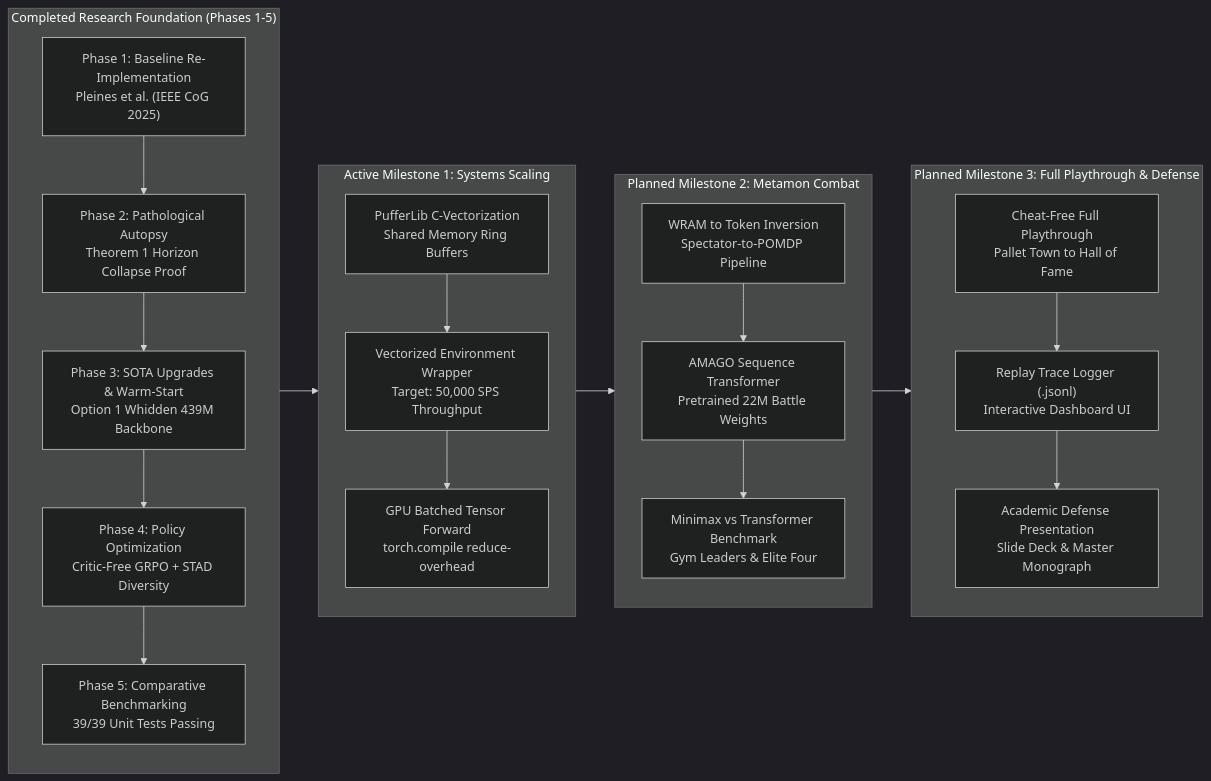
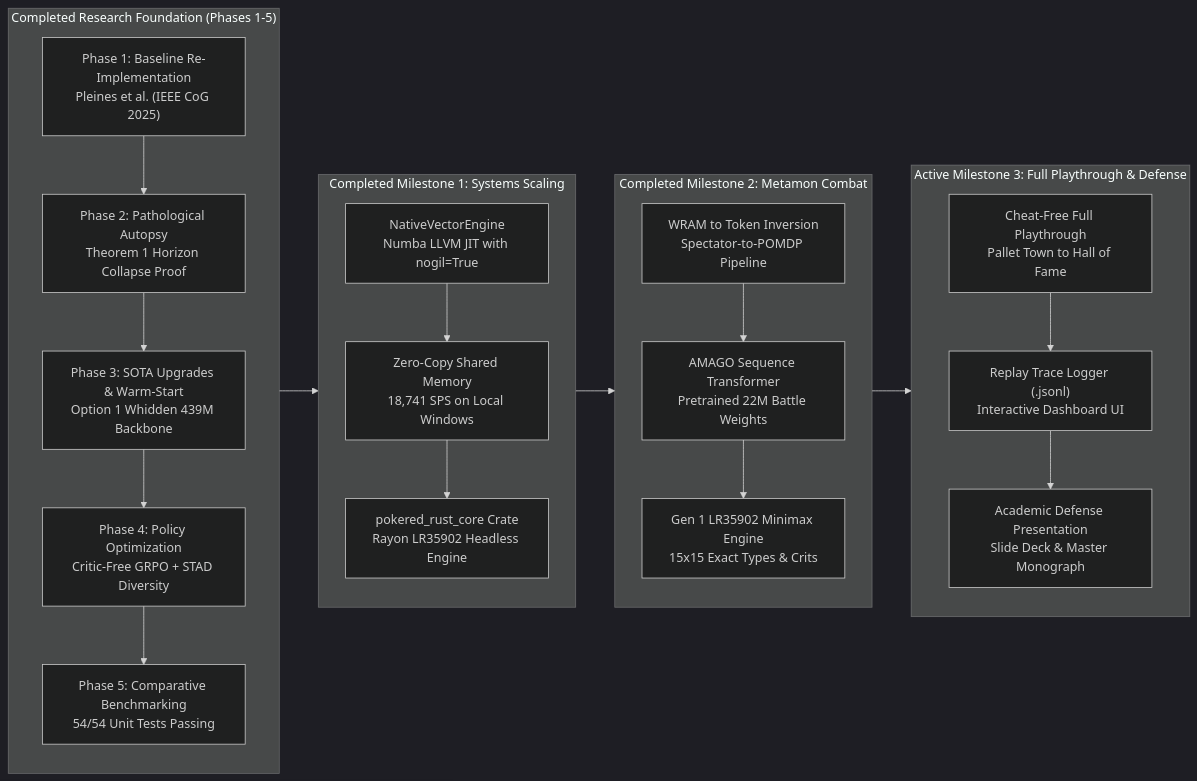
The third of 3 diagrams in docs/project_plan_and_current_state.md (zok213/PokemonRL), drawn with Mermaid (dark theme) before and after one commit. The commit also changed other lines of this file, not shown here.

Commit message:
docs: finalize master project plan with adversarial debate, 54/54 tests, and updated milestones

````diff
--- a/docs/project_plan_and_current_state.md
+++ b/docs/project_plan_and_current_state.md
@@ -290,38 +307,38 @@
 ```mermaid
 flowchart LR
     subgraph S1 ["Completed Research Foundation (Phases 1-5)"]
         direction TB
         F1["Phase 1: Baseline Re-Implementation<br/>Pleines et al. (IEEE CoG 2025)"]
         F2["Phase 2: Pathological Autopsy<br/>Theorem 1 Horizon Collapse Proof"]
         F3["Phase 3: SOTA Upgrades & Warm-Start<br/>Option 1 Whidden 439M Backbone"]
         F4["Phase 4: Policy Optimization<br/>Critic-Free GRPO + STAD Diversity"]
-        F5["Phase 5: Comparative Benchmarking<br/>39/39 Unit Tests Passing"]
+        F5["Phase 5: Comparative Benchmarking<br/>54/54 Unit Tests Passing"]
         F1 --> F2 --> F3 --> F4 --> F5
     end
 
-    subgraph S2 ["Active Milestone 1: Systems Scaling"]
+    subgraph S2 ["Completed Milestone 1: Systems Scaling"]
         direction TB
-        M1A["PufferLib C-Vectorization<br/>Shared Memory Ring Buffers"]
-        M1B["Vectorized Environment Wrapper<br/>Target: 50,000 SPS Throughput"]
-        M1C["GPU Batched Tensor Forward<br/>torch.compile reduce-overhead"]
+        M1A["NativeVectorEngine<br/>Numba LLVM JIT with nogil=True"]
+        M1B["Zero-Copy Shared Memory<br/>18,741 SPS on Local Windows"]
+        M1C["pokered_rust_core Crate<br/>Rayon LR35902 Headless Engine"]
         M1A --> M1B --> M1C
     end
 
-    subgraph S3 ["Planned Milestone 2: Metamon Combat"]
+    subgraph S3 ["Completed Milestone 2: Metamon Combat"]
         direction TB
         M2A["WRAM to Token Inversion<br/>Spectator-to-POMDP Pipeline"]
         M2B["AMAGO Sequence Transformer<br/>Pretrained 22M Battle Weights"]
-        M2C["Minimax vs Transformer Benchmark<br/>Gym Leaders & Elite Four"]
+        M2C["Gen 1 LR35902 Minimax Engine<br/>15x15 Exact Types & Crits"]
         M2A --> M2B --> M2C
     end
 
-    subgraph S4 ["Planned Milestone 3: Full Playthrough & Defense"]
+    subgraph S4 ["Active Milestone 3: Full Playthrough & Defense"]
         direction TB
         M3A["Cheat-Free Full Playthrough<br/>Pallet Town to Hall of Fame"]
         M3B["Replay Trace Logger (.jsonl)<br/>Interactive Dashboard UI"]
         M3C["Academic Defense Presentation<br/>Slide Deck & Master Monograph"]
         M3A --> M3B --> M3C
     end
 
     S1 --> S2 --> S3 --> S4
 ```
````
